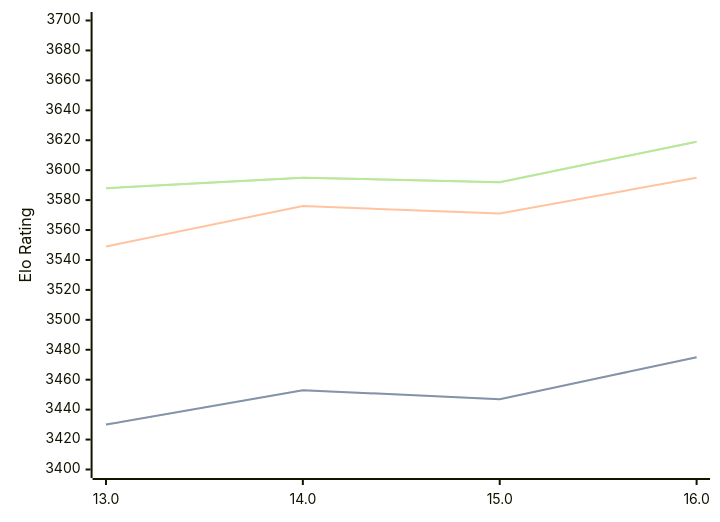
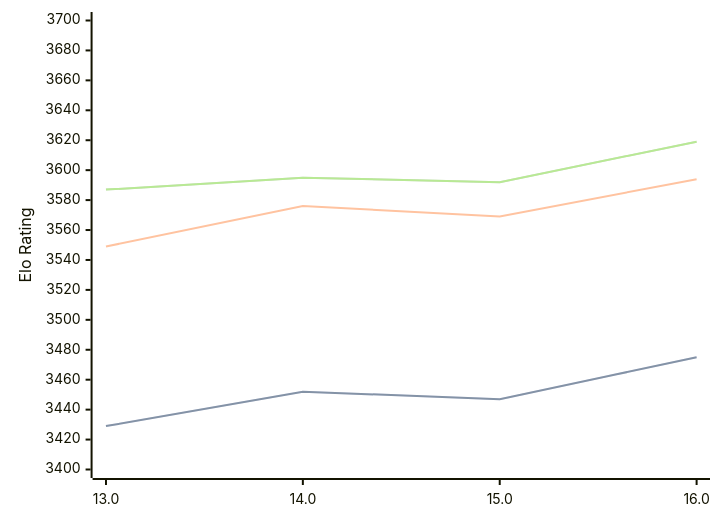
The diagram in engines/Obsidian.md (computer-chess-index/cci), drawn with Mermaid before and after one commit. The commit also changed other lines of this file, not shown here.

Commit message:
Update CCI Ratings (ELO VLTC) - 2026-04-20

````diff
--- a/engines/Obsidian.md
+++ b/engines/Obsidian.md
@@ -43,11 +43,11 @@
 ```mermaid
 %%{init: {"theme":"base","themeVariables":{"seriesColors:['#a3a3a3','#222221','#faa371']}}}%%
 xychart-beta
   x-axis ["13.0", "14.0", "15.0", "16.0"]
   y-axis "Elo Rating" 3400 --> 3700
-  line "STC (8.0+0.08s)" [3430, 3453, 3447, 3475]
-  line "STC (8.0+0.08s)" [3430, 3453, 3447, 3475]
-  line "LTC (60.0+0.60s)" [3549, 3576, 3571, 3595]
-  line "VLTC (2m24s+1.12s)" [3588, 3595, 3592, 3619]
-  line "VLTC (2m24s+1.12s)" [3588, 3595, 3592, 3619]
+  line "STC (8.0+0.08s)" [3429, 3452, 3447, 3475]
+  line "STC (8.0+0.08s)" [3429, 3452, 3447, 3475]
+  line "LTC (60.0+0.60s)" [3549, 3576, 3569, 3594]
+  line "VLTC (2m24s+1.12s)" [3587, 3595, 3592, 3619]
+  line "VLTC (2m24s+1.12s)" [3587, 3595, 3592, 3619]
 ```
````
